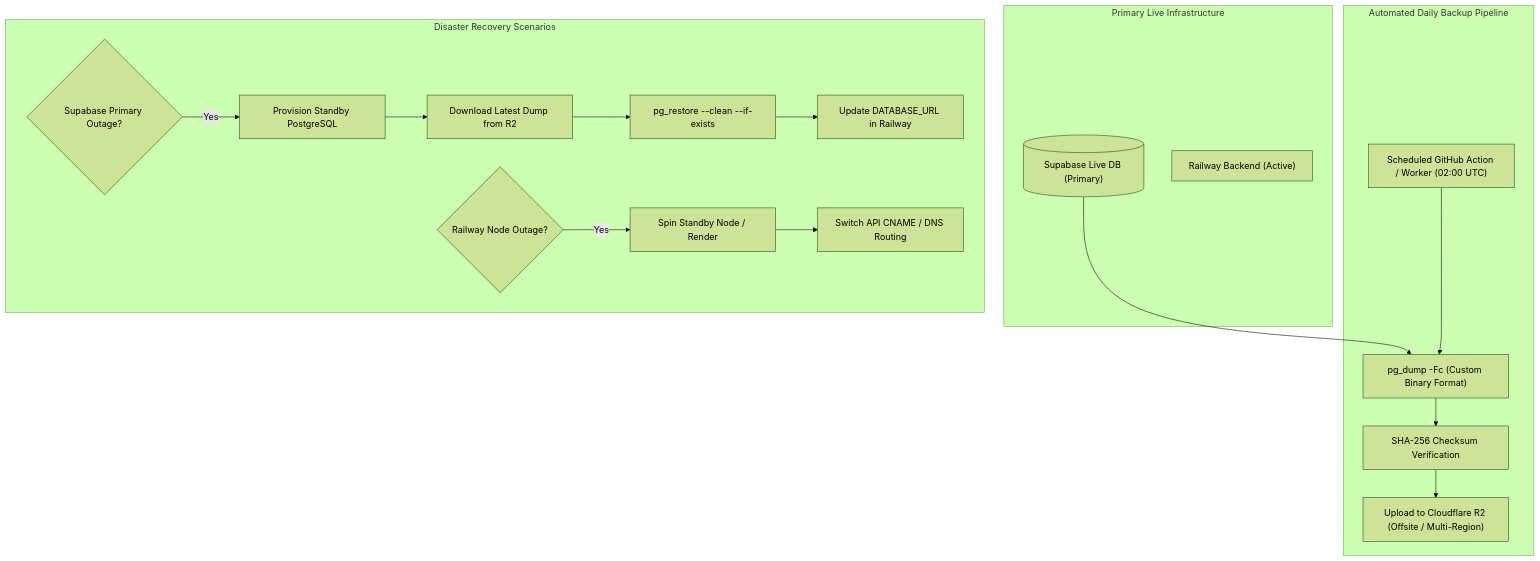
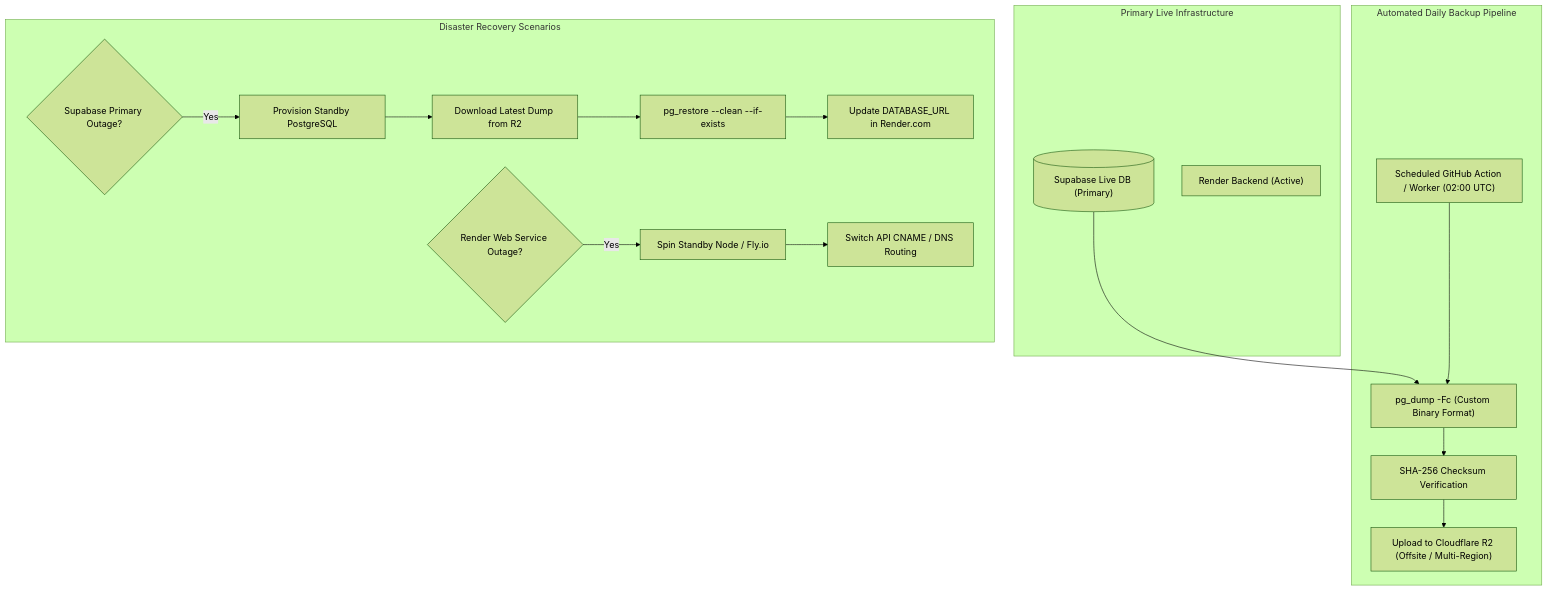
Before and after one commit to yspanchal6/CareSetu-v2.0: the sixth of 6 diagrams in README.md, drawn with Mermaid (forest theme). The commit also changed other lines of this file, not shown here.

````diff
--- a/README.md
+++ b/README.md
@@ -382,31 +390,31 @@
 ```mermaid
 flowchart TD
     subgraph Primary ["Primary Live Infrastructure"]
         SupabaseLive[("Supabase Live DB (Primary)")]
-        RailwayLive["Railway Backend (Active)"]
+        RenderLive["Render Backend (Active)"]
     end
 
     subgraph BackupPipeline ["Automated Daily Backup Pipeline"]
         CronTrigger["Scheduled GitHub Action / Worker (02:00 UTC)"]
         DumpJob["pg_dump -Fc (Custom Binary Format)"]
         VerifyChecksum["SHA-256 Checksum Verification"]
         R2Upload["Upload to Cloudflare R2 (Offsite / Multi-Region)"]
     end
 
     subgraph DisasterRecovery ["Disaster Recovery Scenarios"]
         SupaOutage{Supabase Primary Outage?}
-        RailwayOutage{Railway Node Outage?}
+        RenderOutage{Render Web Service Outage?}
         SupaOutage -- Yes --> SpinNewDB["Provision Standby PostgreSQL"]
         SpinNewDB --> FetchR2["Download Latest Dump from R2"]
         FetchR2 --> RestoreDB["pg_restore --clean --if-exists"]
-        RestoreDB --> UpdateDBURL["Update DATABASE_URL in Railway"]
+        RestoreDB --> UpdateDBURL["Update DATABASE_URL in Render.com"]
 
-        RailwayOutage -- Yes --> SpinStandby["Spin Standby Node / Render"]
+        RenderOutage -- Yes --> SpinStandby["Spin Standby Node / Fly.io"]
         SpinStandby --> SwitchDNS["Switch API CNAME / DNS Routing"]
     end
 
     SupabaseLive --> DumpJob
     CronTrigger --> DumpJob
     DumpJob --> VerifyChecksum
     VerifyChecksum --> R2Upload
 ```
````
